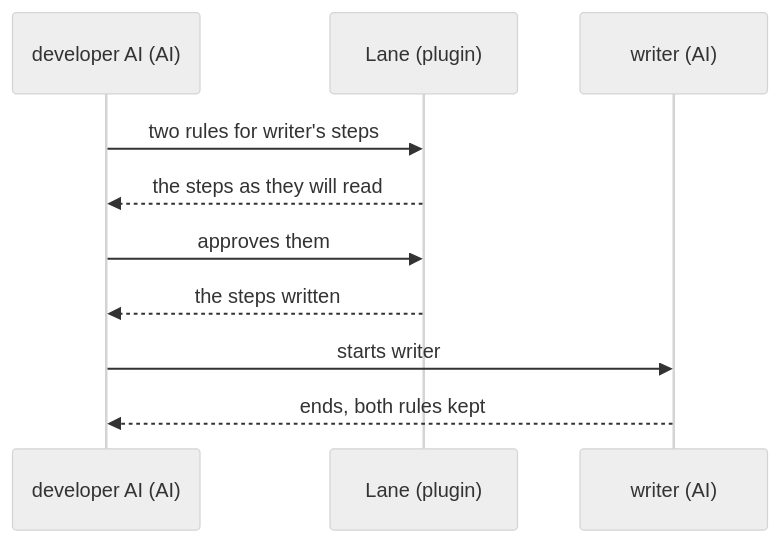
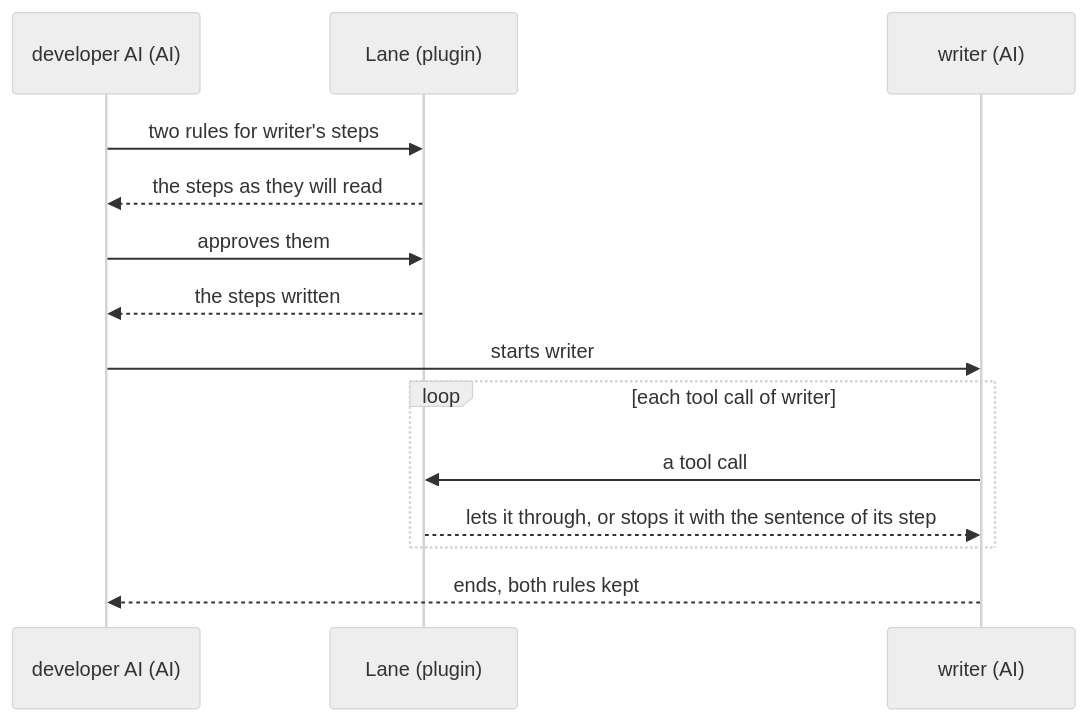
One commit to lovaizu/ccpm changed the first of 2 diagrams in dev/lane/ux.md. Above: the diagram before and after it, drawn with Mermaid (neutral theme). The commit also changed other lines of this file and 1 other file, not shown here.

First line of the commit message:
lane: the UX made again by each question's Practice: the key results count the developer AI working around Lane as going wrong, so they cannot get better while it still writes checks or code for the order, and O1's run shows each call let through or stopped with its step's sentence

````diff
--- a/dev/lane/ux.md
+++ b/dev/lane/ux.md
@@ -50,12 +54,16 @@
 ```mermaid
 sequenceDiagram
   participant A as developer AI (AI)
   participant L as Lane (plugin)
   participant W as writer (AI)
   A->>L: two rules for writer's steps
   L-->>A: the steps as they will read
   A->>L: approves them
   L-->>A: the steps written
   A->>W: starts writer
+  loop each tool call of writer
+    W->>L: a tool call
+    L-->>W: lets it through, or stops it with the sentence of its step
+  end
   W-->>A: ends, both rules kept
 ```
````
